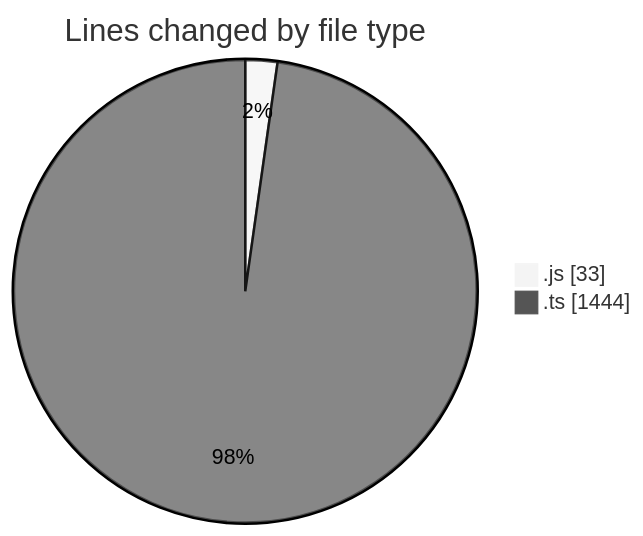
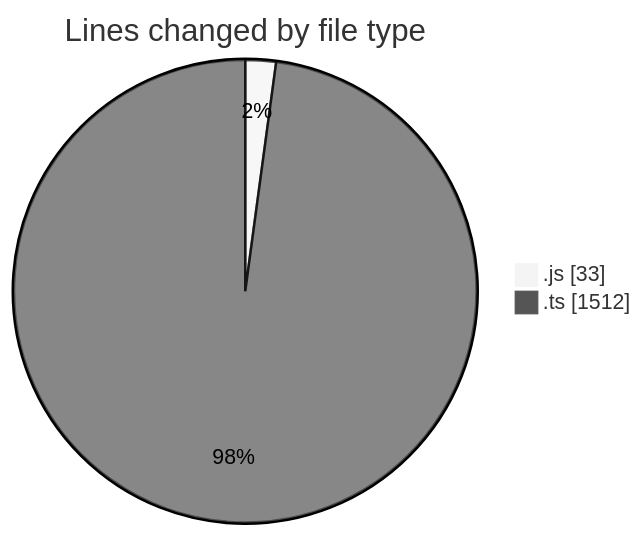
Before and after one commit to momahboobian/code-tracking: the first of 2 diagrams in 2025-09-08/cda/README.md, drawn with Mermaid (neutral theme). The commit also changed other lines of this file and 1 other file, not shown here.

````diff
--- a/2025-09-08/cda/README.md
+++ b/2025-09-08/cda/README.md
@@ -22,6 +22,6 @@
 ```mermaid
 pie showData
 title Lines changed by file type
 ".js" : 33
-".ts" : 1444
+".ts" : 1512
 ```
````
